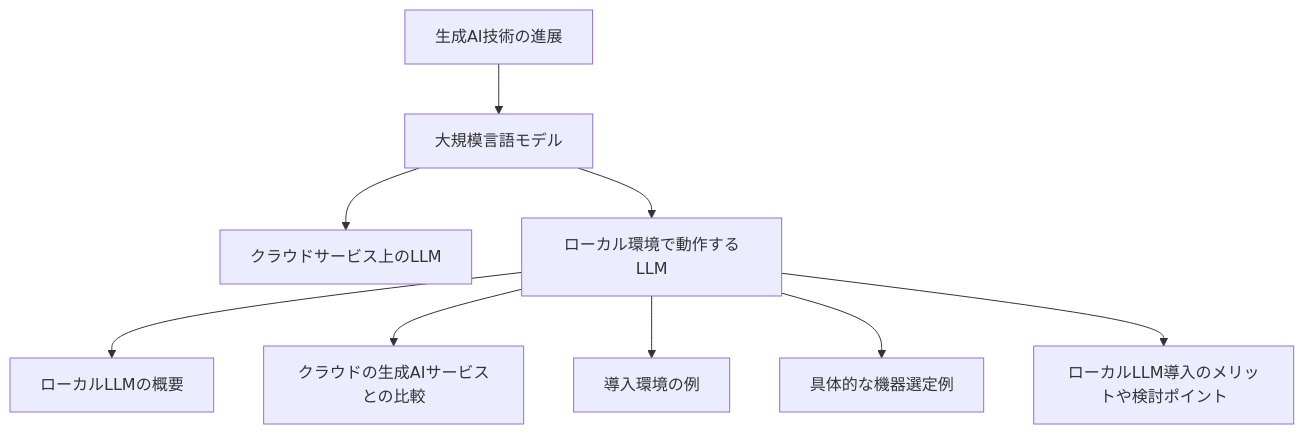
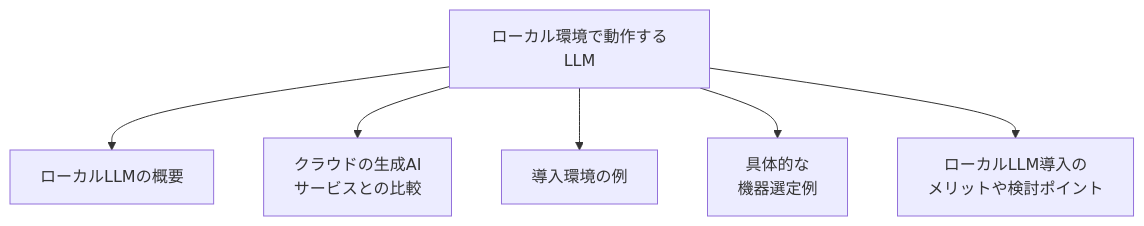
Before and after one commit to SparklingDetergent/doc_genai_The_usefulness_of_local_LLM: the second of 11 diagrams in README.md, drawn with Mermaid. The commit also changed other lines of this file, not shown here.

````diff
--- a/README.md
+++ b/README.md
@@ -25,11 +31,9 @@
 ```mermaid
 graph TB
-    A[生成AI技術の進展] --> B[大規模言語モデル]
-    B --> C[クラウドサービス上のLLM]
-    B --> D[ローカル環境で動作するLLM]
+    D[ローカル環境で動作するLLM]
     D --> E[ローカルLLMの概要]
-    D --> F[クラウドの生成AIサービスとの比較]
+    D --> F[クラウドの生成AI<br/>サービスとの比較]
     D --> G[導入環境の例]
-    D --> H[具体的な機器選定例]
-    D --> I[ローカルLLM導入のメリットや検討ポイント]
+    D --> H[具体的な<br/>機器選定例]
+    D --> I[ローカルLLM導入の<br/>メリットや検討ポイント]
 ```
````
